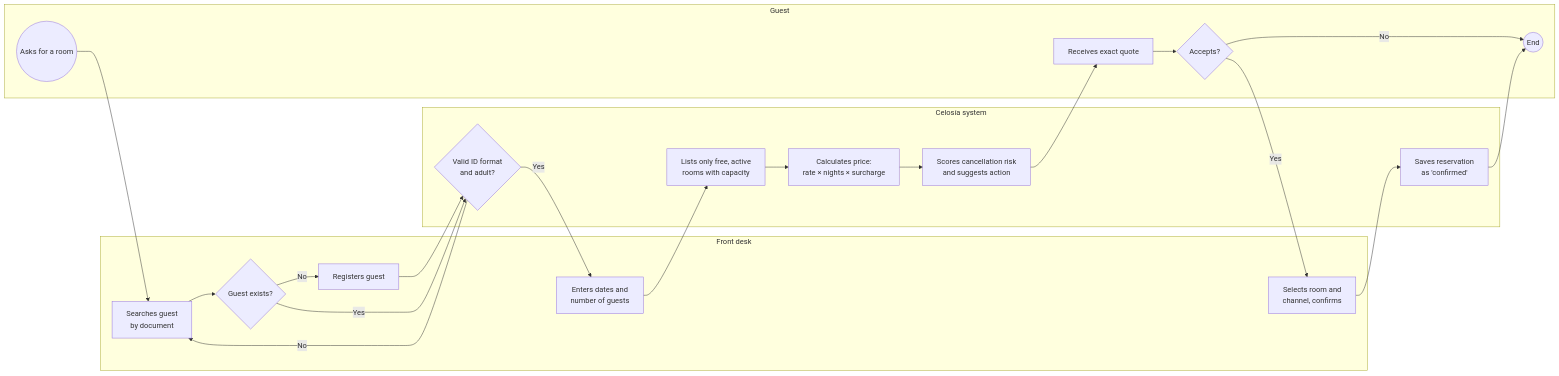
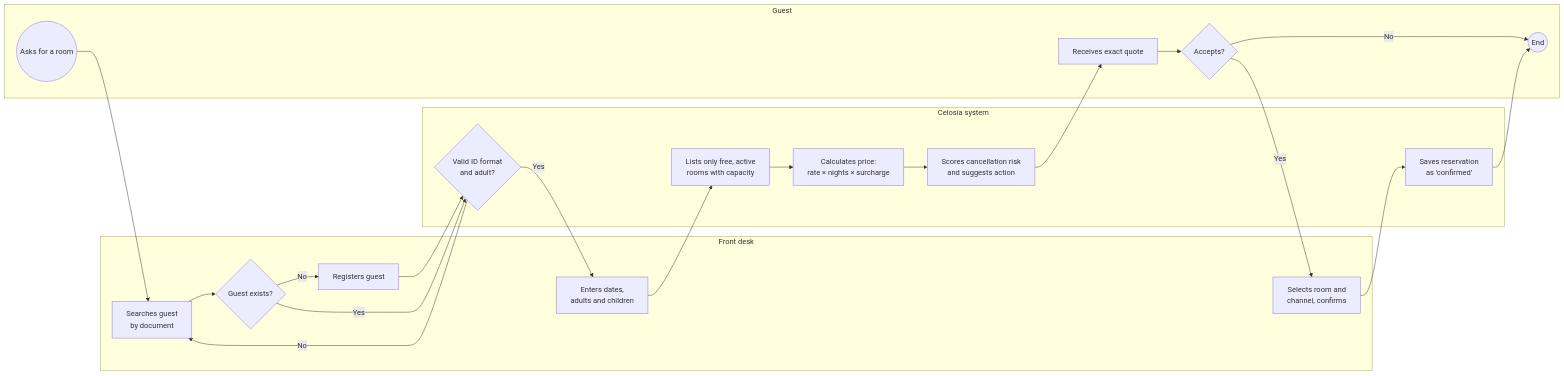
The second of 5 diagrams in docs/03-process-maps.md (shenaoferna/celosia-hotel-BI), drawn with Mermaid before and after one commit. The commit also changed other lines of this file and 13 other files, not shown here.

Commit message:
Gold palette, adults and children, minors check-in control

````diff
--- a/docs/03-process-maps.md
+++ b/docs/03-process-maps.md
@@ -50,30 +50,30 @@
 ```mermaid
 flowchart LR
     subgraph G[Guest]
         A((Asks for a room))
         K[Receives exact quote]
         L{Accepts?}
         Z((End))
     end
     subgraph F[Front desk]
         B[Searches guest<br/>by document]
         C{Guest exists?}
         D[Registers guest]
-        E[Enters dates and<br/>number of guests]
+        E[Enters dates,<br/>adults and children]
         M[Selects room and<br/>channel, confirms]
     end
     subgraph S[Celosía system]
         V1{Valid ID format<br/>and adult?}
         R[Lists only free, active<br/>rooms with capacity]
         P[Calculates price:<br/>rate × nights × surcharge]
         RK[Scores cancellation risk<br/>and suggests action]
         SV[Saves reservation<br/>as 'confirmed']
     end
     A --> B --> C
     C -- No --> D --> V1
     C -- Yes --> V1
     V1 -- No --> B
     V1 -- Yes --> E --> R --> P --> RK --> K --> L
     L -- No --> Z
     L -- Yes --> M --> SV --> Z
 ```
````
